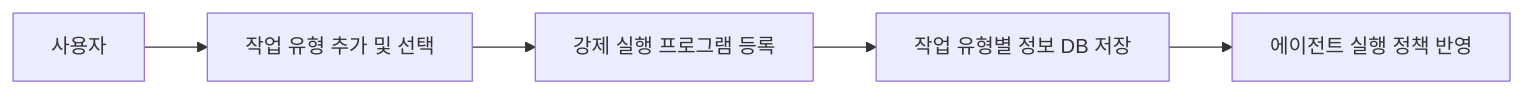
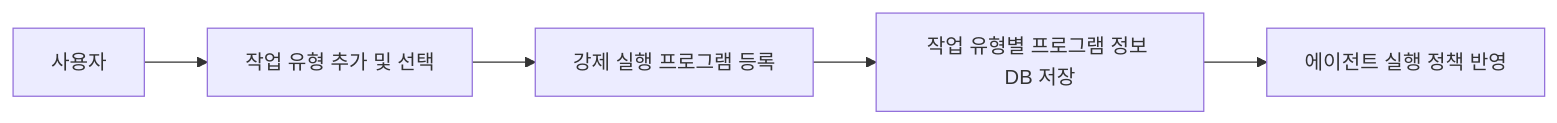
Before and after one commit to igoobo/Force-Focus: the fifth of 13 diagrams in docs/web-dashboard.md, drawn with Mermaid. The commit also changed other lines of this file, not shown here.

````diff
--- a/docs/web-dashboard.md
+++ b/docs/web-dashboard.md
@@ -293,7 +293,7 @@
 ```mermaid
 graph LR
     A[사용자] --> B[작업 유형 추가 및 선택]
     B --> C[강제 실행 프로그램 등록]
-    C --> D[작업 유형별 정보 DB 저장]
+    C --> D[작업 유형별 프로그램 정보 DB 저장]
     D --> E[에이전트 실행 정책 반영]
 ```
````
